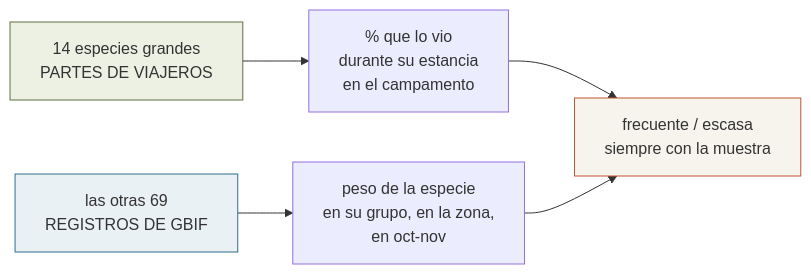
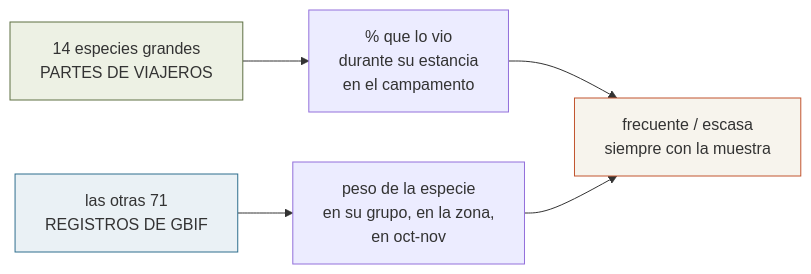
One commit to morandeirachema/namibia changed the diagram in 09-fauna-etosha.md. Above: the diagram before and after it, drawn with Mermaid. The commit also changed other lines of this file and 22 other files, not shown here.

````diff
--- a/09-fauna-etosha.md
+++ b/09-fauna-etosha.md
@@ -40,10 +40,10 @@
 ```mermaid
 flowchart LR
     A["14 especies grandes<br/>PARTES DE VIAJEROS"] --> A1["% que lo vio<br/>durante su estancia<br/>en el campamento"]
-    B["las otras 69<br/>REGISTROS DE GBIF"] --> B1["peso de la especie<br/>en su grupo, en la zona,<br/>en oct-nov"]
+    B["las otras 71<br/>REGISTROS DE GBIF"] --> B1["peso de la especie<br/>en su grupo, en la zona,<br/>en oct-nov"]
     A1 --> C["frecuente / escasa<br/>siempre con la muestra"]
     B1 --> C
     style A fill:#EDF1E4,stroke:#5F7043
     style B fill:#EAF1F5,stroke:#2F6E8E
     style C fill:#F7F4ED,stroke:#C2542F
 ```
````
